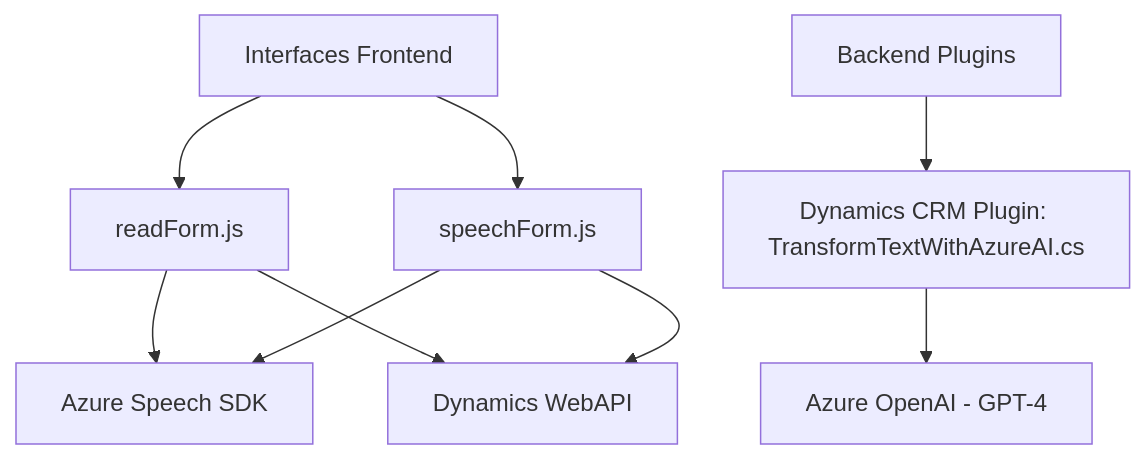
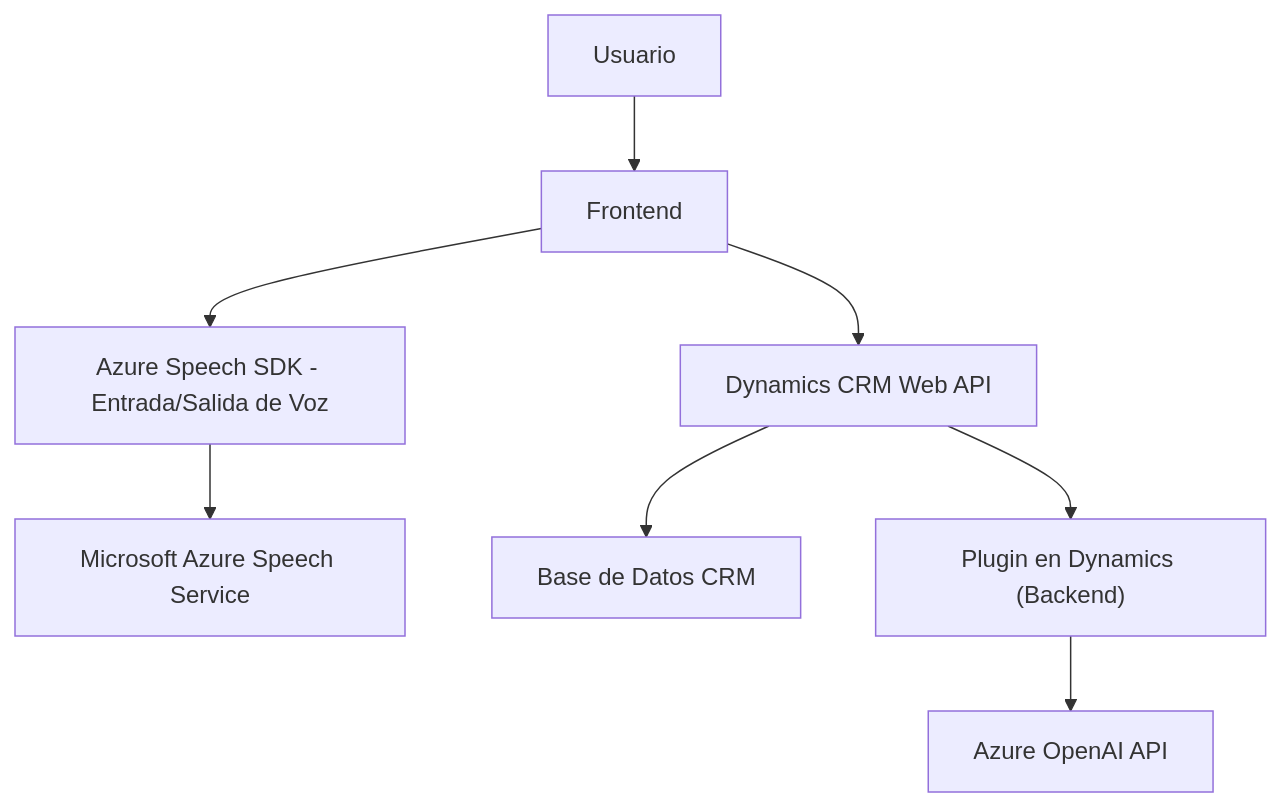
Before and after one commit to blopezdm/NETCORE_BILBAO2025: the diagram in README.md, drawn with Mermaid. The commit also changed other lines of this file, not shown here.

````diff
--- a/README.md
+++ b/README.md
@@ -76,11 +42,10 @@
 ```mermaid
 graph TD
-    A["Interfaces Frontend"] --> B["readForm.js"]
-    A --> C["speechForm.js"]
-    B --> D["Azure Speech SDK"]
-    C --> D
-    B --> E["Dynamics WebAPI"]
-    C --> E
-    F["Backend Plugins"] --> G["Dynamics CRM Plugin: TransformTextWithAzureAI.cs"]
-    G --> H["Azure OpenAI - GPT-4"]
+    A["Usuario"] --> B["Frontend"]
+    B["Frontend"] --> C["Azure Speech SDK - Entrada/Salida de Voz"]
+    B["Frontend"] --> D["Dynamics CRM Web API"]
+    C["Azure Speech SDK - Entrada/Salida de Voz"] --> E["Microsoft Azure Speech Service"]
+    D["Dynamics CRM Web API"] --> F["Base de Datos CRM"]
+    D["Dynamics CRM Web API"] --> G["Plugin en Dynamics (Backend)"]
+    G["Plugin en Dynamics (Backend)"] --> H["Azure OpenAI API"]
 ```
````
